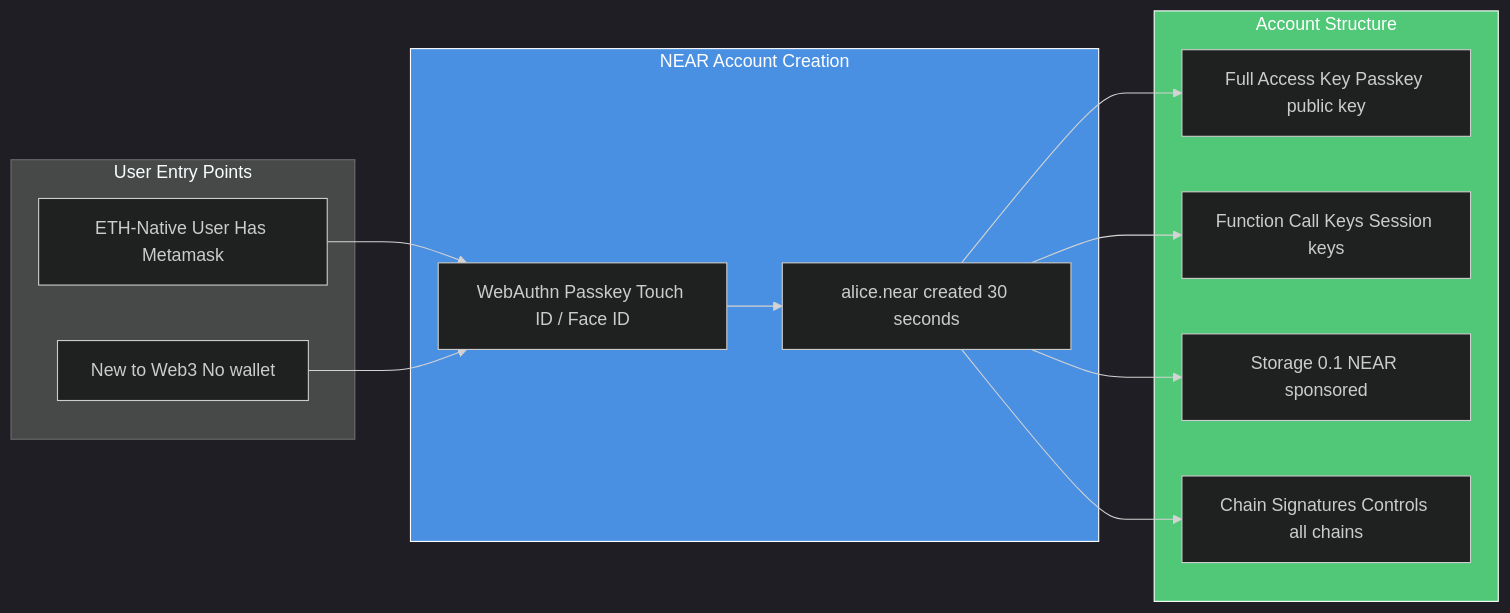
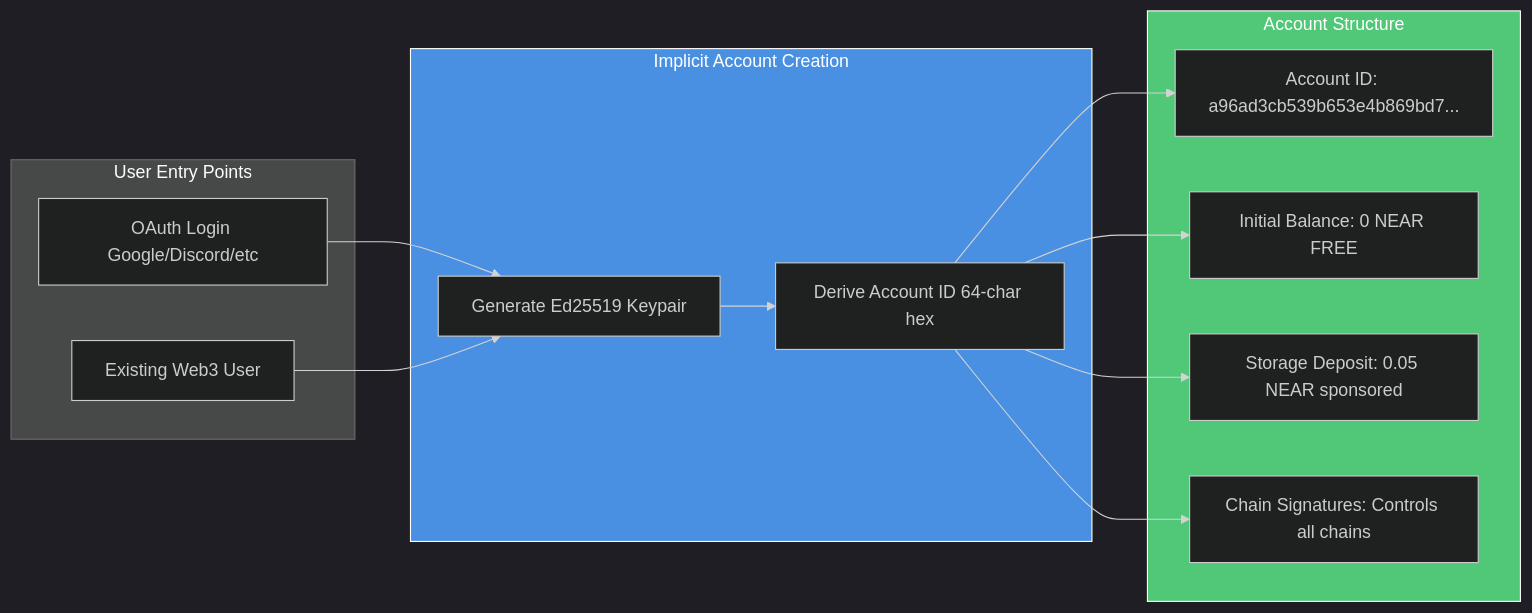
One commit to communisaas/voter-protocol changed the second of 9 diagrams in ARCHITECTURE.md. Above: the diagram before and after it, drawn with Mermaid. The commit also changed other lines of this file and 37 other files, not shown here.

First line of the commit message:
docs: comprehensive Phase 1 architecture alignment and hybrid GKR+SNARK ZK proof system

````diff
--- a/ARCHITECTURE.md
+++ b/ARCHITECTURE.md
@@ -89,31 +137,31 @@
 ```mermaid
 %%{init: {'theme':'dark', 'themeVariables': { 'primaryTextColor':'#fff'}}}%%
 flowchart LR
     subgraph UserTypes["User Entry Points"]
-        A[ETH-Native User Has Metamask]
-        B[New to Web3 No wallet]
+        A[OAuth Login Google/Discord/etc]
+        B[Existing Web3 User]
     end
 
-    subgraph Create["NEAR Account Creation"]
-        C[WebAuthn Passkey Touch ID / Face ID]
-        D[alice.near created 30 seconds]
+    subgraph Create["Implicit Account Creation"]
+        C[Generate Ed25519 Keypair]
+        D[Derive Account ID 64-char hex]
     end
 
     subgraph Structure["Account Structure"]
-        E[Full Access Key Passkey public key]
-        F[Function Call Keys Session keys]
-        G[Storage 0.1 NEAR sponsored]
-        H[Chain Signatures Controls all chains]
+        E[Account ID: a96ad3cb539b653e4b869bd7...]
+        F[Initial Balance: 0 NEAR FREE]
+        G[Storage Deposit: 0.05 NEAR sponsored]
+        H[Chain Signatures: Controls all chains]
     end
 
     A --> C
     B --> C
     C --> D
     D --> E
     D --> F
     D --> G
     D --> H
 
     style Create fill:#4A90E2,stroke:#fff,color:#fff
     style Structure fill:#50C878,stroke:#fff,color:#fff
 ```
````
